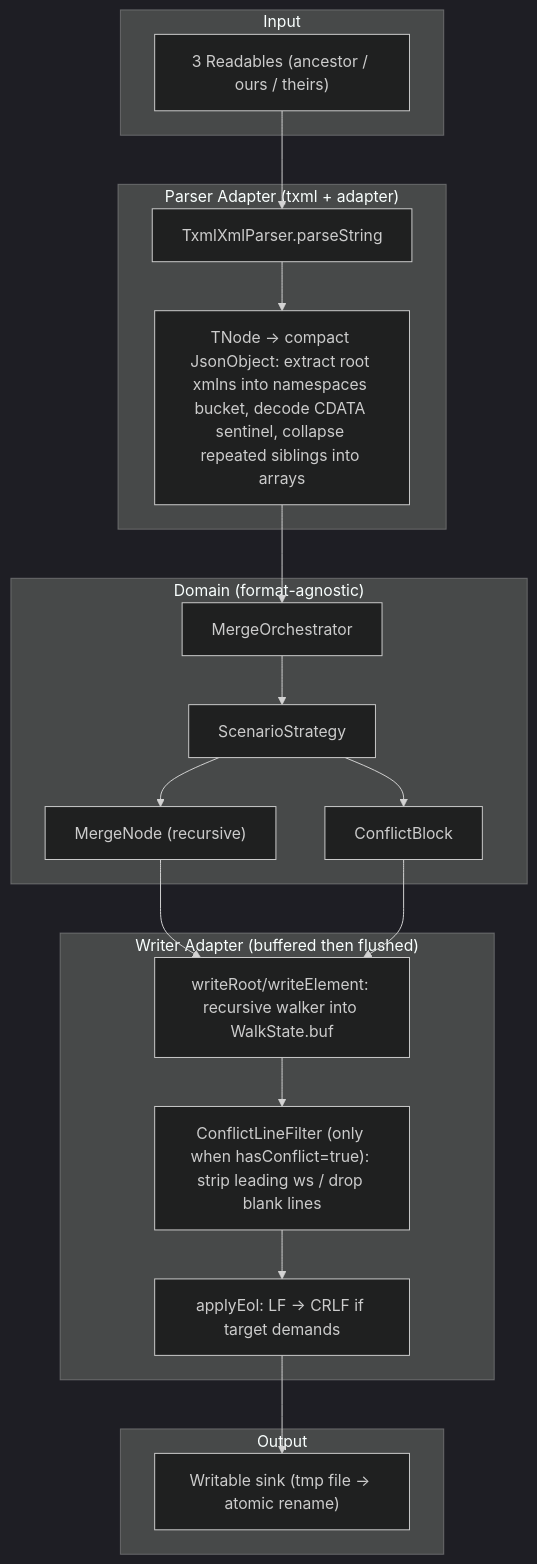
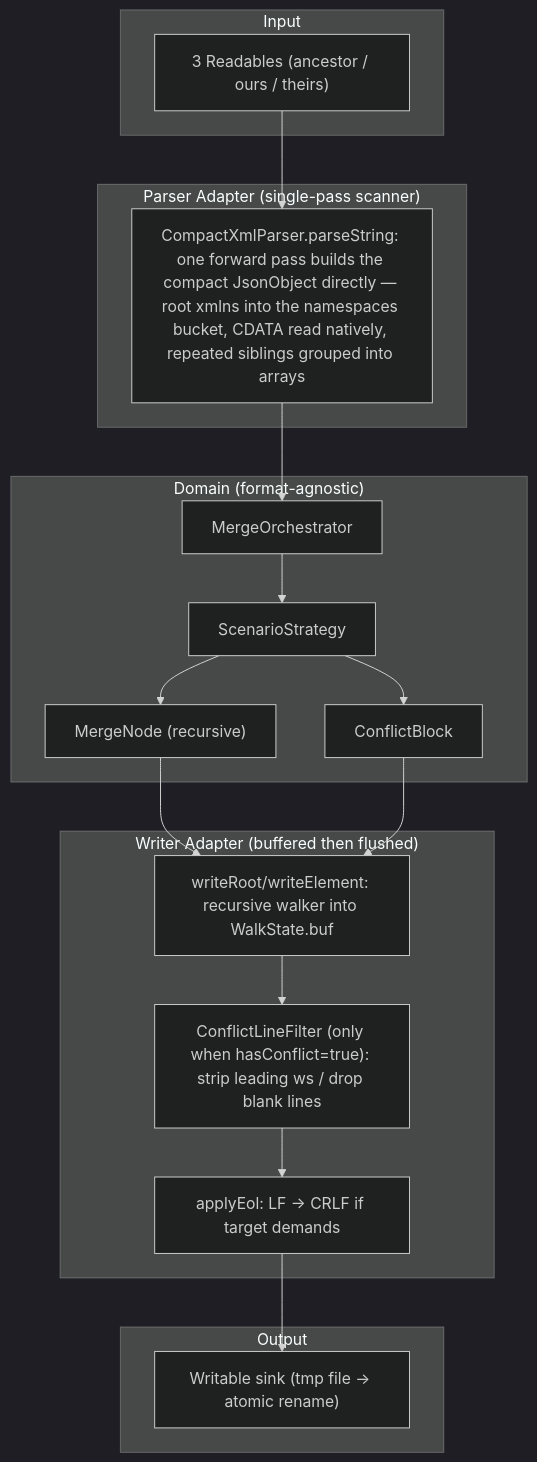
Before and after one commit to scolladon/sf-git-merge-driver: the sixth of 8 diagrams in DESIGN.md, drawn with Mermaid (dark theme). The commit also changed other lines of this file and 55 other files, not shown here.

Commit message:
perf(parser): replace txml with a single-pass scanner and cut merge allocations (#218)

````diff
--- a/DESIGN.md
+++ b/DESIGN.md
@@ -296,36 +296,35 @@
 ```mermaid
 flowchart TD
     subgraph Input
         XML["3 Readables (ancestor / ours / theirs)"]
     end
 
-    subgraph "Parser Adapter (txml + adapter)"
-        Parse["TxmlXmlParser.parseString"]
-        Normalise["TNode → compact JsonObject: extract root xmlns into namespaces bucket, decode CDATA sentinel, collapse repeated siblings into arrays"]
+    subgraph "Parser Adapter (single-pass scanner)"
+        Parse["CompactXmlParser.parseString: one forward pass builds the compact JsonObject directly — root xmlns into the namespaces bucket, CDATA read natively, repeated siblings grouped into arrays"]
     end
 
     subgraph "Domain (format-agnostic)"
         Orchestrator["MergeOrchestrator"]
         Strategy["ScenarioStrategy"]
         Nodes["MergeNode (recursive)"]
         Conflict["ConflictBlock"]
     end
 
     subgraph "Writer Adapter (buffered then flushed)"
         Walk["writeRoot/writeElement: recursive walker into WalkState.buf"]
         Filter["ConflictLineFilter (only when hasConflict=true): strip leading ws / drop blank lines"]
         Eol["applyEol: LF → CRLF if target demands"]
     end
 
     subgraph Output
         Result["Writable sink (tmp file → atomic rename)"]
     end
 
-    XML --> Parse --> Normalise --> Orchestrator
+    XML --> Parse --> Orchestrator
     Orchestrator --> Strategy
     Strategy --> Nodes
     Strategy --> Conflict
     Nodes --> Walk
     Conflict --> Walk
     Walk --> Filter --> Eol --> Result
 ```
````
